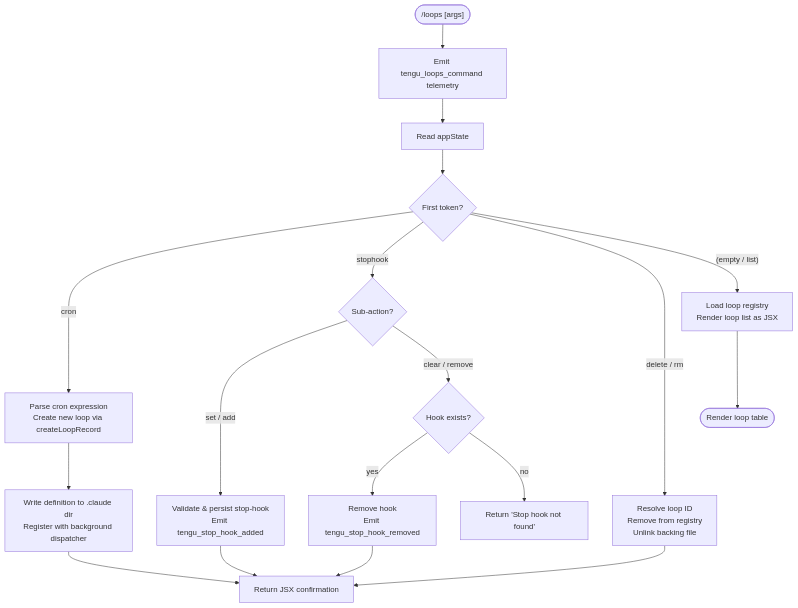
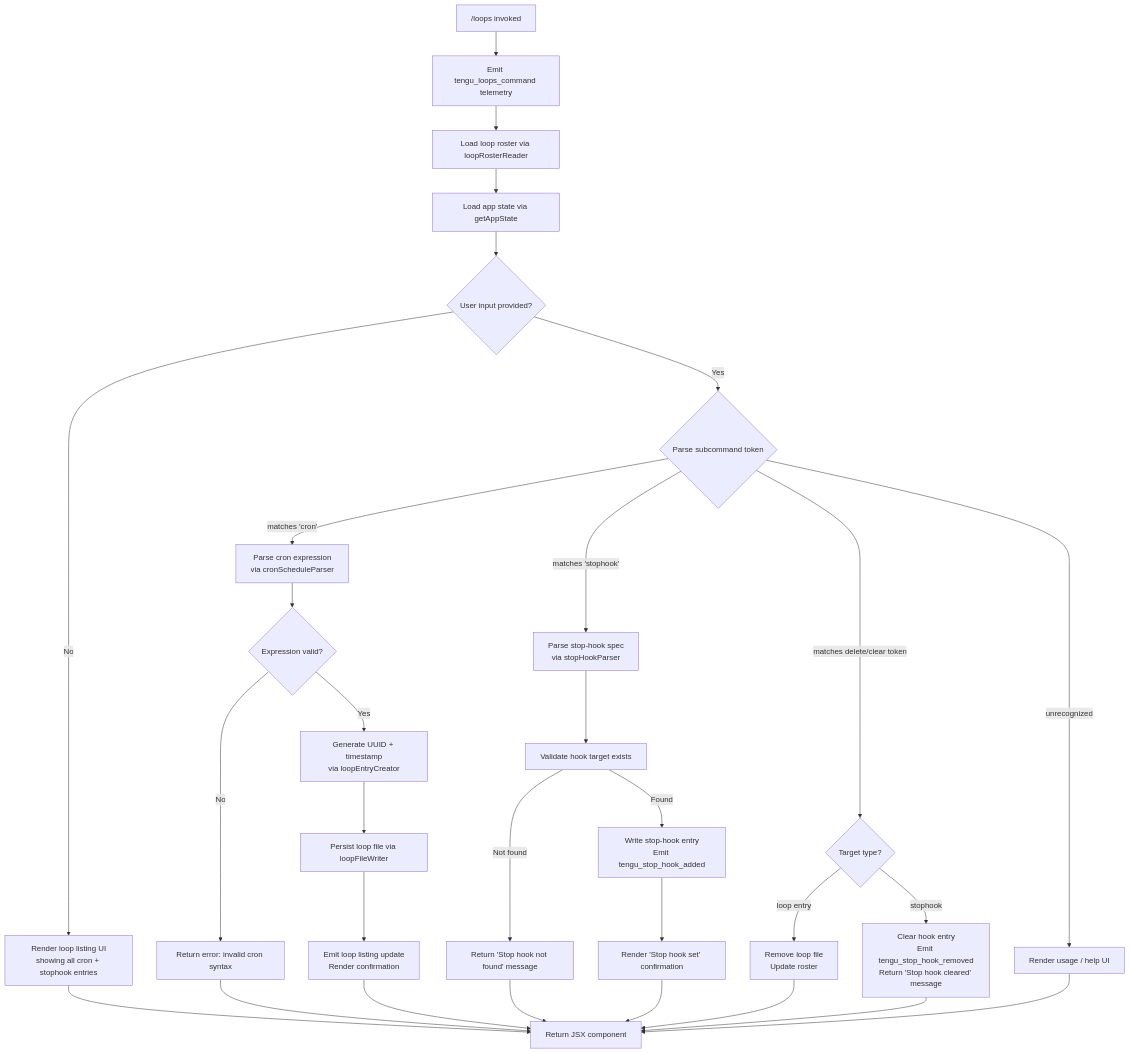
Before and after one commit to MyLittleLuckyDog/cc-gnothi: the diagram in versions/v2.1.158/loops.md, drawn with Mermaid. The commit also changed other lines of this file and 593 other files, not shown here.

````diff
--- a/versions/v2.1.158/loops.md
+++ b/versions/v2.1.158/loops.md
@@ -47,23 +55,39 @@
 ```mermaid
 flowchart TD
-    START(["/loops [args]"]) --> FIRE[Emit tengu_loops_command telemetry]
-    FIRE --> GETSTATE[Read appState]
-    GETSTATE --> CLASSIFY{First token?}
+    A["/loops invoked"] --> B[Emit tengu_loops_command telemetry]
+    B --> C[Load loop roster via loopRosterReader]
+    C --> D[Load app state via getAppState]
+    D --> E{User input provided?}
 
-    CLASSIFY -- "cron" --> CRON[Parse cron expression\nCreate new loop via createLoopRecord]
-    CLASSIFY -- "stophook" --> STOPHOOK{Sub-action?}
-    CLASSIFY -- "delete / rm" --> DELETE[Resolve loop ID\nRemove from registry\nUnlink backing file]
-    CLASSIFY -- "(empty / list)" --> LIST[Load loop registry\nRender loop list as JSX]
+    E -- No --> F[Render loop listing UI\nshowing all cron + stophook entries]
 
-    STOPHOOK -- "set / add" --> SH_SET[Validate & persist stop-hook\nEmit tengu_stop_hook_added]
-    STOPHOOK -- "clear / remove" --> SH_CLR{Hook exists?}
-    SH_CLR -- yes --> SH_RM[Remove hook\nEmit tengu_stop_hook_removed]
-    SH_CLR -- no --> SH_ERR[Return 'Stop hook not found']
+    E -- Yes --> G{Parse subcommand token}
 
-    CRON --> PERSIST[Write definition to .claude dir\nRegister with background dispatcher]
-    PERSIST --> CONFIRM[Return JSX confirmation]
-    SH_SET --> CONFIRM
-    SH_RM --> CONFIRM
-    DELETE --> CONFIRM
-    LIST --> RENDER([Render loop table])
+    G -- matches 'cron' --> H[Parse cron expression\nvia cronScheduleParser]
+    H --> I{Expression valid?}
+    I -- No --> J[Return error: invalid cron syntax]
+    I -- Yes --> K[Generate UUID + timestamp\nvia loopEntryCreator]
+    K --> L[Persist loop file via loopFileWriter]
+    L --> M[Emit loop listing update\nRender confirmation]
+
+    G -- matches 'stophook' --> N[Parse stop-hook spec\nvia stopHookParser]
+    N --> O[Validate hook target exists]
+    O -- Not found --> P[Return 'Stop hook not found' message]
+    O -- Found --> Q[Write stop-hook entry\nEmit tengu_stop_hook_added]
+    Q --> R[Render 'Stop hook set' confirmation]
+
+    G -- matches delete/clear token --> S{Target type?}
+    S -- loop entry --> T[Remove loop file\nUpdate roster]
+    S -- stophook --> U[Clear hook entry\nEmit tengu_stop_hook_removed\nReturn 'Stop hook cleared' message]
+
+    G -- unrecognized --> V[Render usage / help UI]
+
+    F --> Z[Return JSX component]
+    M --> Z
+    R --> Z
+    T --> Z
+    U --> Z
+    P --> Z
+    J --> Z
+    V --> Z
 ```
````
